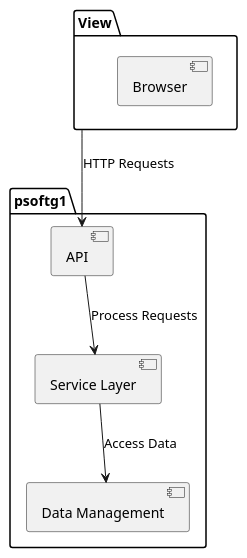
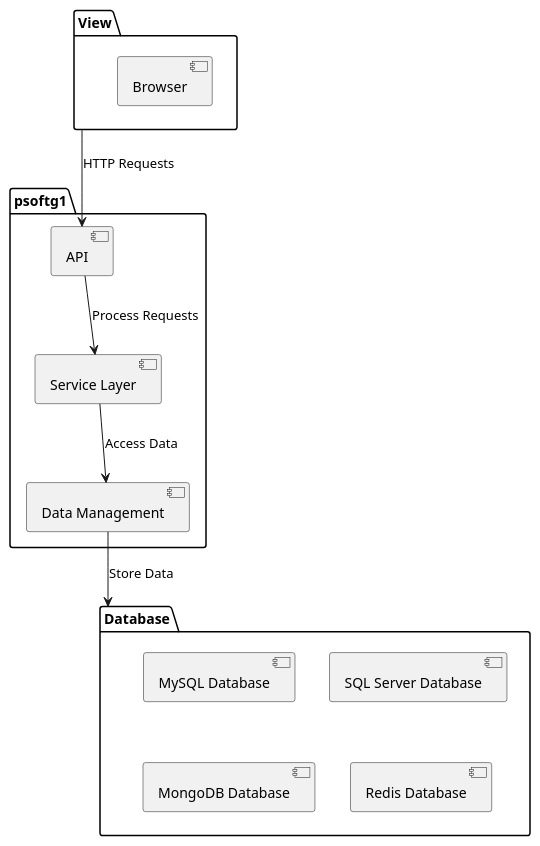
The diagram in psoft-project-2024-g1/Docs/GlobalArtifacts/Documentation/NV2/Logical View/LogicalDiagramN2.puml (GuilhermeCunha79/LMS_MicroserviceArchitecture), drawn with PlantUML before and after one commit. The commit also changed 2 other files, not shown here.

Commit message:
Add Database in Logical View

```diff
--- a/psoft-project-2024-g1/Docs/GlobalArtifacts/Documentation/NV2/Logical View/LogicalDiagramN2.puml
+++ b/psoft-project-2024-g1/Docs/GlobalArtifacts/Documentation/NV2/Logical View/LogicalDiagramN2.puml
@@ -1,17 +1,25 @@
 @startuml
 
 package View {
   [Browser]
 }
 
 package psoftg1 {
   [API]
   [Service Layer]
   [Data Management]
 }
 
+package Database {
+    [MySQL Database]
+    [SQL Server Database]
+    [MongoDB Database]
+    [Redis Database]
+}
+
 View --> [API] : HTTP Requests
 [API] --> [Service Layer] : Process Requests
 [Service Layer] --> [Data Management] : Access Data
+[Data Management] --> Database : Store Data
 
 @enduml
```
